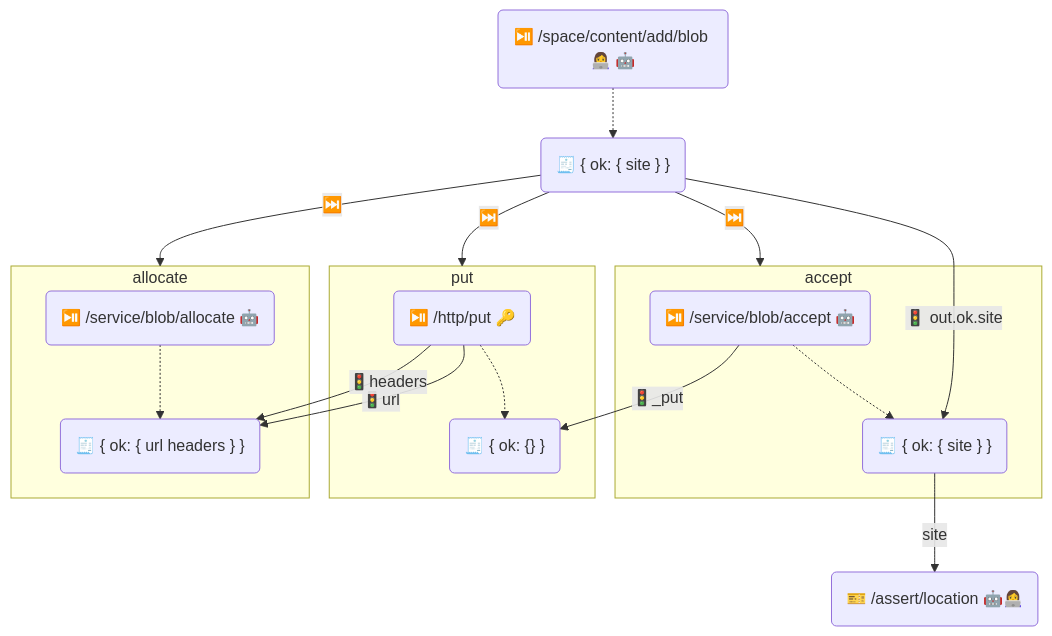
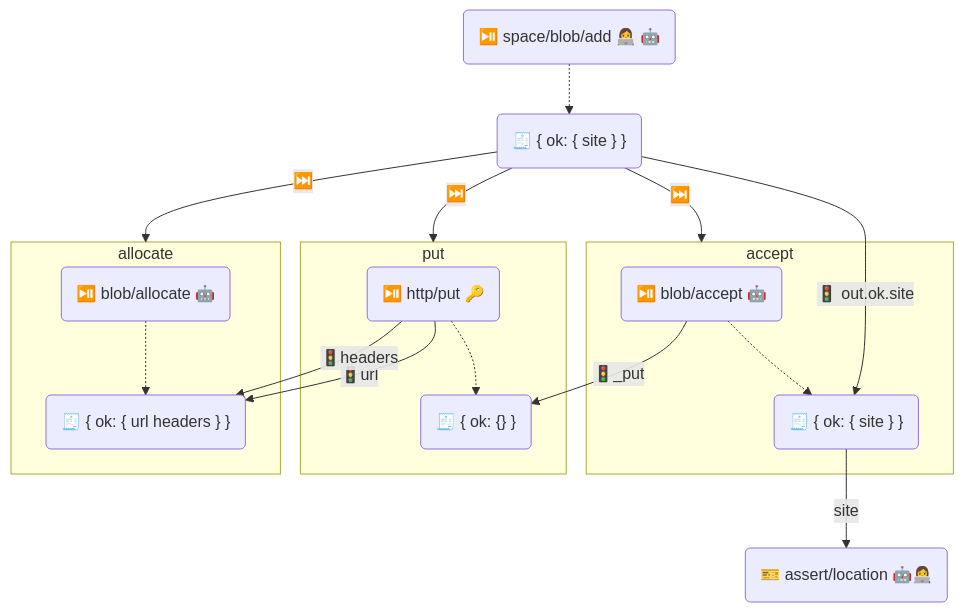
Before and after one commit to storacha/specs: the diagram in w3-blob.md, drawn with Mermaid. The commit also changed other lines of this file and 8 other files, not shown here.

````diff
--- a/w3-blob.md
+++ b/w3-blob.md
@@ -58,47 +55,47 @@
 ```mermaid
 flowchart TB
-Add("⏯️ /space/content/add/blob 👩‍💻 🤖")
+Add("⏯️ space/blob/add 👩‍💻 🤖")
 AddOk("🧾 { ok: { site } }")
 
 
 subgraph accept
-Accept("⏯️ /service/blob/accept 🤖")
+Accept("⏯️ blob/accept 🤖")
 AcceptOk("🧾 { ok: { site } }")
 end
 
 subgraph put
-Put("⏯️ /http/put 🔑")
+Put("⏯️ http/put 🔑")
 PutOk("🧾 { ok: {} }")
 end
 
 
 subgraph allocate
-Allocate("⏯️ /service/blob/allocate 🤖")
+Allocate("⏯️ blob/allocate 🤖")
 AllocateOk("🧾 { ok: { url headers } }")
 end
 
-Site("🎫 /assert/location 🤖👩‍💻")
+Site("🎫 assert/location 🤖👩‍💻")
 
 
 
 Add -.-> AddOk
 AddOk -- ⏭️ --> allocate
 AddOk -- ⏭️ --> put
 AddOk -- ⏭️ --> accept
 AddOk -- 🚦 out.ok.site --> AcceptOk
 
 
 
 Allocate -.-> AllocateOk
 
 Put -- 🚦url --> AllocateOk
 Put -- 🚦headers --> AllocateOk
 
 Put -.-> PutOk
 
 
 
 Accept -- 🚦_put --> PutOk
 Accept -.-> AcceptOk
 AcceptOk -- site --> Site
 ```
````
